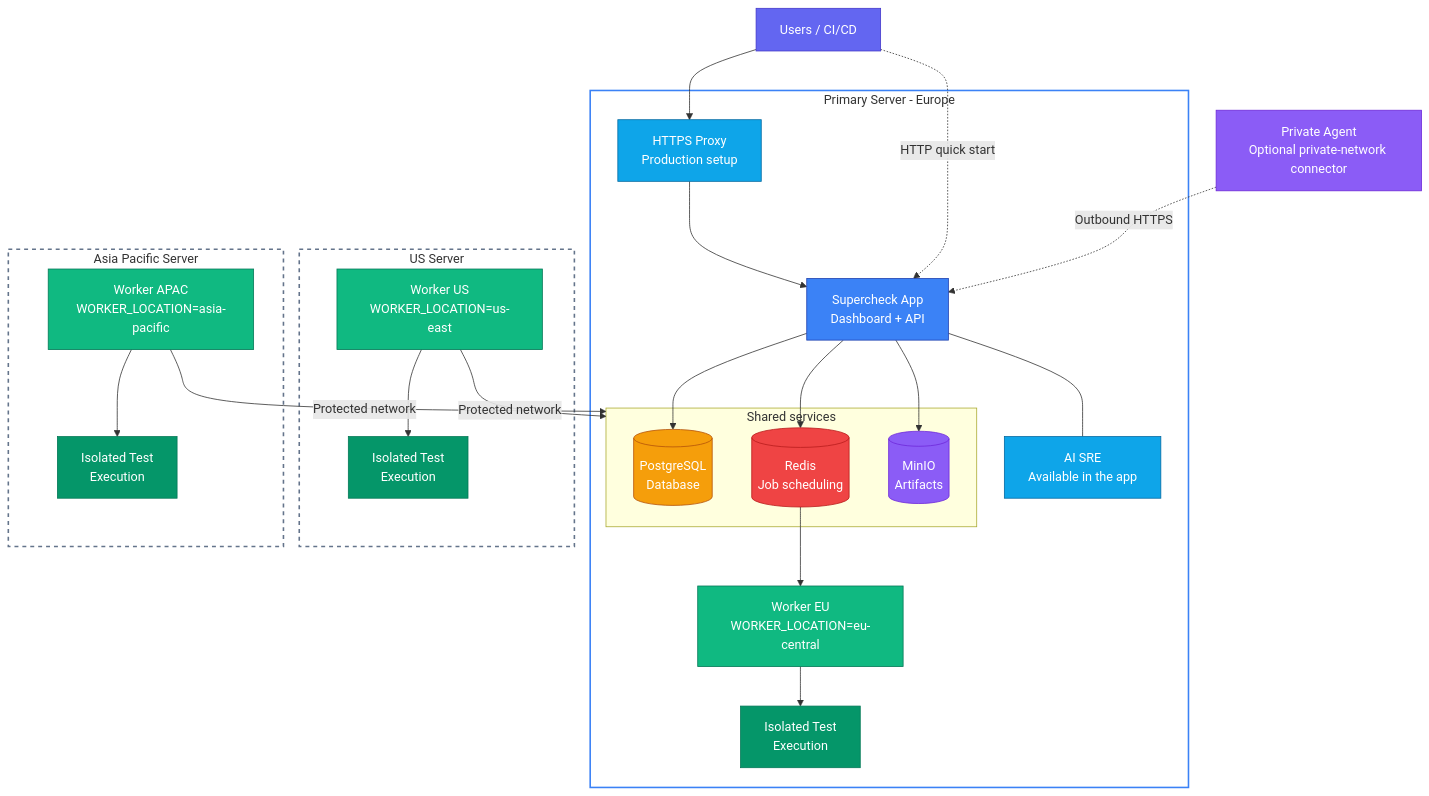
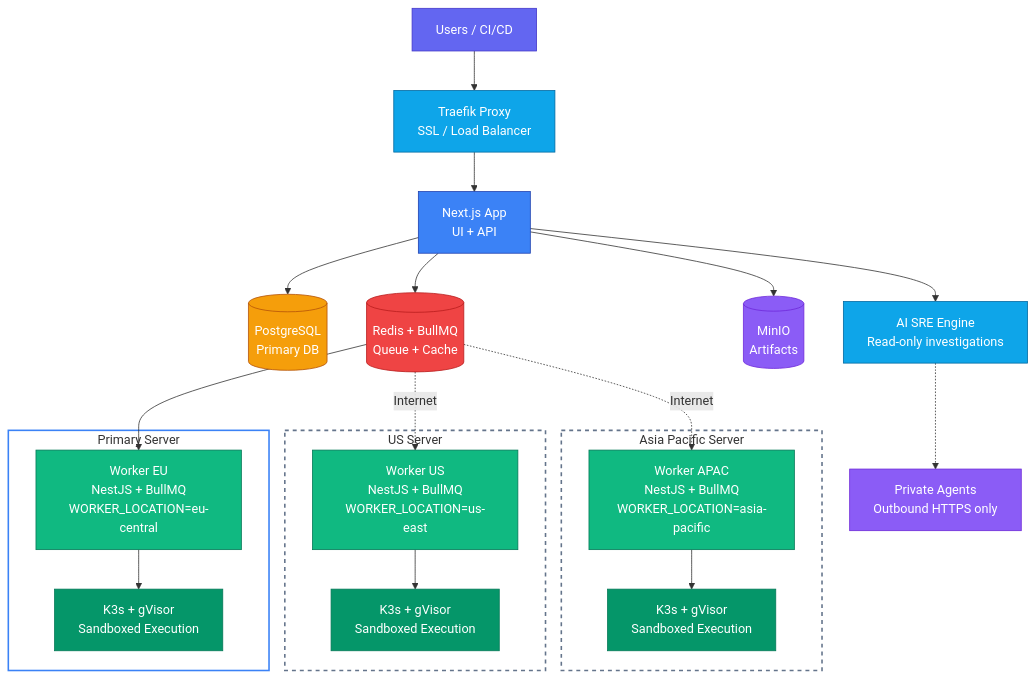
One commit to supercheck-io/supercheck changed the first of 2 diagrams in docs/content/docs/app/deployment/multi-location.mdx. Above: the diagram before and after it, drawn with Mermaid. The commit also changed other lines of this file and 34 other files, not shown here.

Commit message:
docs: restore architecture and polish user workflows (#337)

````diff
--- a/docs/content/docs/app/deployment/multi-location.mdx
+++ b/docs/content/docs/app/deployment/multi-location.mdx
@@ -20,50 +20,42 @@
 ```mermaid
 flowchart TB
-    Users[Users / CI/CD]
-    Private[Private Agent<br/>Optional private-network connector]
+    Users[Users / CI/CD] --> T[Traefik Proxy<br/>SSL / Load Balancer]
+    T --> App[Next.js App<br/>UI + API]
+    App --> DB[(PostgreSQL<br/>Primary DB)] & Redis[(Redis + BullMQ<br/>Queue + Cache)] & S3[(MinIO<br/>Artifacts)]
+    App --> SRE[AI SRE Engine<br/>Read-only investigations]
+    SRE -.-> Private[Private Agents<br/>Outbound HTTPS only]
 
-    subgraph PRIMARY["Primary Server - Europe"]
-        T[HTTPS Proxy<br/>Production setup] --> App[Supercheck App<br/>Dashboard + API]
-        App --- SRE[AI SRE<br/>Available in the app]
-        subgraph SHARED["Shared services"]
-            DB[(PostgreSQL<br/>Database)]
-            Redis[(Redis<br/>Job scheduling)]
-            S3[(MinIO<br/>Artifacts)]
-        end
-        App --> DB & Redis & S3
-        Redis --> W_EU[Worker EU<br/>WORKER_LOCATION=eu-central]
-        W_EU --> K3S_EU[Isolated Test<br/>Execution]
+    Redis --> W_EU
+    Redis -.->|Internet| W_US
+    Redis -.->|Internet| W_APAC
+
+    subgraph PRIMARY["Primary Server"]
+        W_EU[Worker EU<br/>NestJS + BullMQ<br/>WORKER_LOCATION=eu-central] --> K3S_EU[K3s + gVisor<br/>Sandboxed Execution]
     end
 
     subgraph US["US Server"]
-        W_US[Worker US<br/>WORKER_LOCATION=us-east] --> K3S_US[Isolated Test<br/>Execution]
+        W_US[Worker US<br/>NestJS + BullMQ<br/>WORKER_LOCATION=us-east] --> K3S_US[K3s + gVisor<br/>Sandboxed Execution]
     end
 
     subgraph APAC["Asia Pacific Server"]
-        W_APAC[Worker APAC<br/>WORKER_LOCATION=asia-pacific] --> K3S_APAC[Isolated Test<br/>Execution]
+        W_APAC[Worker APAC<br/>NestJS + BullMQ<br/>WORKER_LOCATION=asia-pacific] --> K3S_APAC[K3s + gVisor<br/>Sandboxed Execution]
     end
-
-    Users --> T
-    Users -.->|HTTP quick start|App
-    Private -.->|Outbound HTTPS|App
-    W_US -->|Protected network|SHARED
-    W_APAC -->|Protected network|SHARED
 
     style Users fill:#6366f1,stroke:#4338ca,color:#fff
     style T fill:#0ea5e9,stroke:#0369a1,color:#fff
     style App fill:#3b82f6,stroke:#1e40af,color:#fff
     style DB fill:#f59e0b,stroke:#b45309,color:#fff
     style Redis fill:#ef4444,stroke:#b91c1c,color:#fff
     style S3 fill:#8b5cf6,stroke:#6d28d9,color:#fff
     style SRE fill:#0ea5e9,stroke:#0369a1,color:#fff
     style Private fill:#8b5cf6,stroke:#6d28d9,color:#fff
     style W_EU fill:#10b981,stroke:#047857,color:#fff
     style W_US fill:#10b981,stroke:#047857,color:#fff
     style W_APAC fill:#10b981,stroke:#047857,color:#fff
     style K3S_EU fill:#059669,stroke:#047857,color:#fff
     style K3S_US fill:#059669,stroke:#047857,color:#fff
     style K3S_APAC fill:#059669,stroke:#047857,color:#fff
     style PRIMARY fill:none,stroke:#3b82f6,stroke-width:2px
     style US fill:none,stroke:#64748b,stroke-width:2px,stroke-dasharray: 5 5
     style APAC fill:none,stroke:#64748b,stroke-width:2px,stroke-dasharray: 5 5
 ```
````
